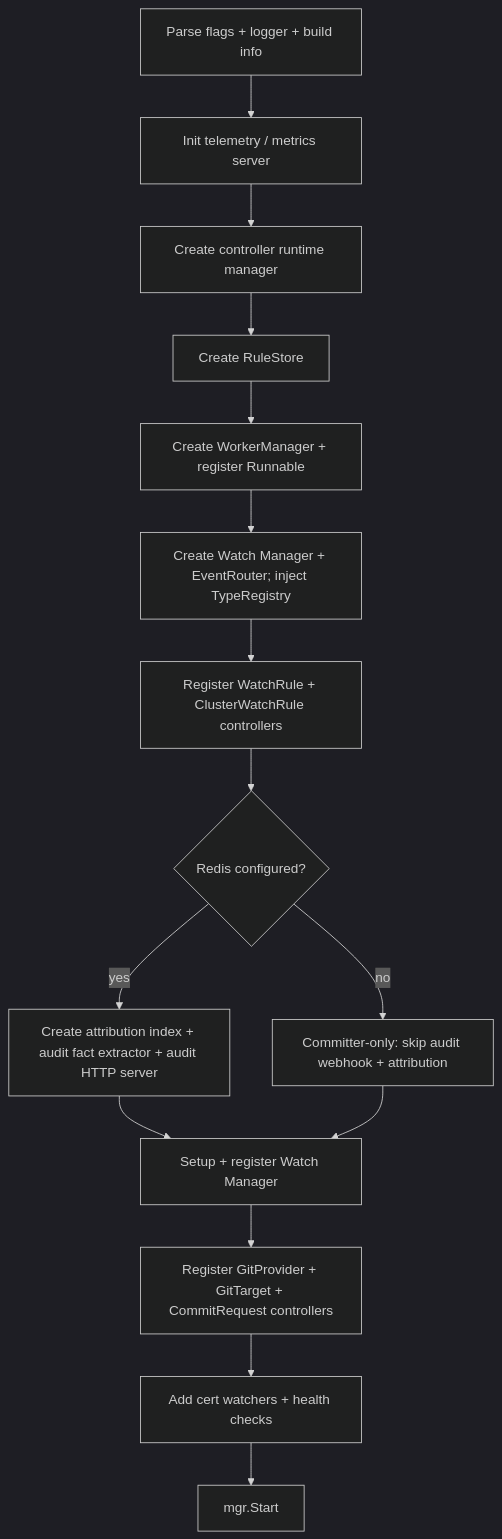
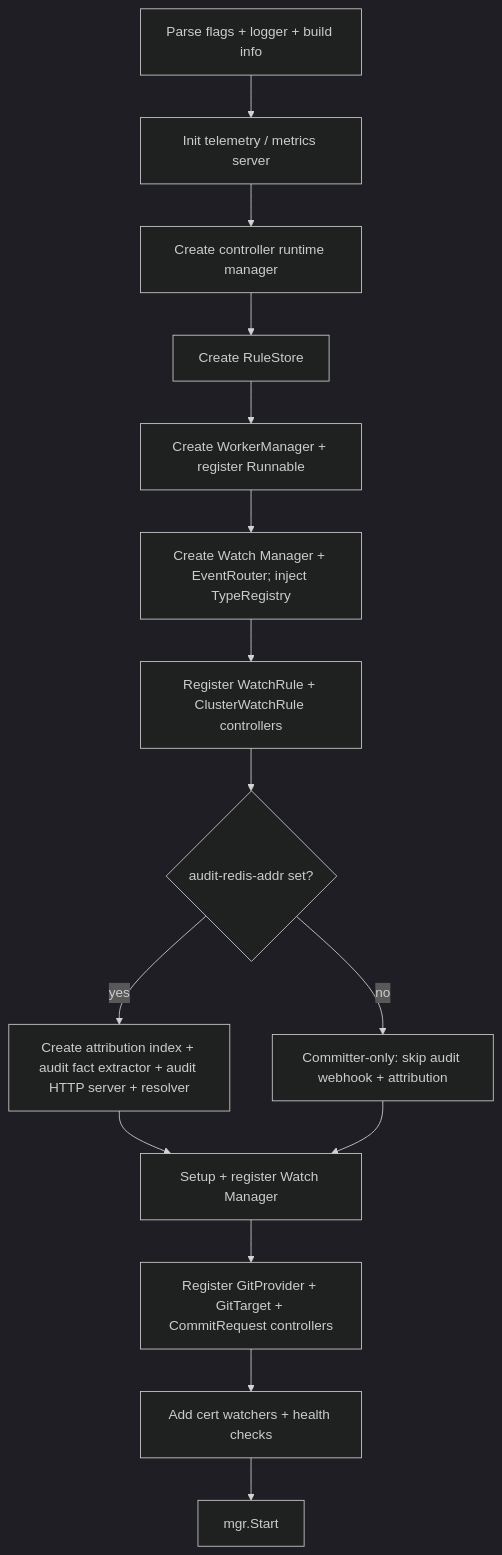
Before and after one commit to ConfigButler/gitops-reverser: the third of 3 diagrams in docs/architecture.md, drawn with Mermaid (dark theme). The commit also changed other lines of this file and 2 other files, not shown here.

Commit message:
docs: moving architecture along with the rewrite

````diff
--- a/docs/architecture.md
+++ b/docs/architecture.md
@@ -675,17 +671,17 @@
 ```mermaid
 flowchart TD
     A[Parse flags + logger + build info] --> B[Init telemetry / metrics server]
     B --> C[Create controller runtime manager]
     C --> D[Create RuleStore]
     D --> E[Create WorkerManager + register Runnable]
     E --> F[Create Watch Manager + EventRouter; inject TypeRegistry]
     F --> G[Register WatchRule + ClusterWatchRule controllers]
-    G --> H{Redis configured?}
-    H -->|yes| I[Create attribution index + audit fact extractor + audit HTTP server]
+    G --> H{audit-redis-addr set?}
+    H -->|yes| I[Create attribution index + audit fact extractor + audit HTTP server + resolver]
     H -->|no| J[Committer-only: skip audit webhook + attribution]
     I --> K[Setup + register Watch Manager]
     J --> K
     K --> L[Register GitProvider + GitTarget + CommitRequest controllers]
     L --> M[Add cert watchers + health checks]
     M --> N[mgr.Start]
 ```
````
